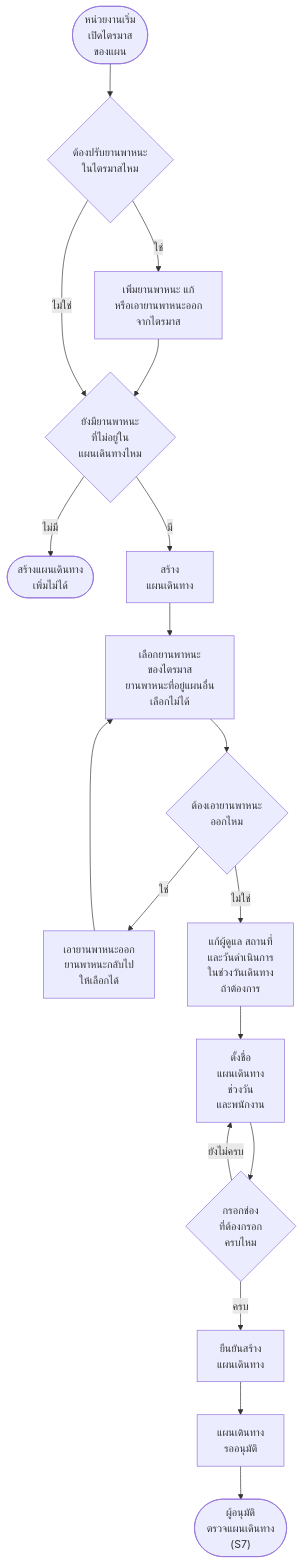
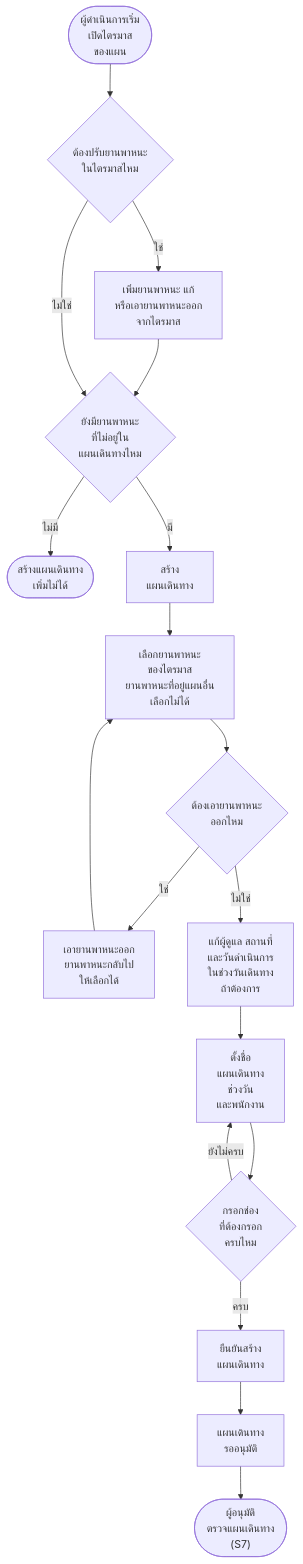
Before and after one commit to anugmail/Maintenance-Request-Form: the seventh of 19 diagrams in Diagram/01-บำรุงรักษาตามวาระ/27-บำรุงรักษา-flowchart-กิจกรรม.md, drawn with Mermaid. The commit also changed other lines of this file and 21 other files, not shown here.

````diff
--- a/Diagram/01-บำรุงรักษาตามวาระ/27-บำรุงรักษา-flowchart-กิจกรรม.md
+++ b/Diagram/01-บำรุงรักษาตามวาระ/27-บำรุงรักษา-flowchart-กิจกรรม.md
@@ -144,20 +146,20 @@
 ```mermaid
 flowchart TD
-    S(["หน่วยงานเริ่ม<br/>เปิดไตรมาส<br/>ของแผน"]) --> Q1{"ต้องปรับยานพาหนะ<br/>ในไตรมาสไหม"}
+    S(["ผู้ดำเนินการเริ่ม<br/>เปิดไตรมาส<br/>ของแผน"]) --> Q1{"ต้องปรับยานพาหนะ<br/>ในไตรมาสไหม"}
     Q1 -->|ใช่| A1["เพิ่มยานพาหนะ แก้<br/>หรือเอายานพาหนะออก<br/>จากไตรมาส"]
     A1 --> Q2
     Q1 -->|ไม่ใช่| Q2{"ยังมียานพาหนะ<br/>ที่ไม่อยู่ใน<br/>แผนเดินทางไหม"}
     Q2 -->|ไม่มี| E1(["สร้างแผนเดินทาง<br/>เพิ่มไม่ได้"])
     Q2 -->|มี| A2["สร้าง<br/>แผนเดินทาง"]
     A2 --> A3["เลือกยานพาหนะ<br/>ของไตรมาส<br/>ยานพาหนะที่อยู่แผนอื่น<br/>เลือกไม่ได้"]
     A3 --> Q3{"ต้องเอายานพาหนะ<br/>ออกไหม"}
     Q3 -->|ใช่| A4["เอายานพาหนะออก<br/>ยานพาหนะกลับไป<br/>ให้เลือกได้"]
     A4 --> A3
     Q3 -->|ไม่ใช่| A5["แก้ผู้ดูแล สถานที่<br/>และวันดำเนินการ<br/>ในช่วงวันเดินทาง<br/>ถ้าต้องการ"]
     A5 --> A6["ตั้งชื่อ<br/>แผนเดินทาง<br/>ช่วงวัน<br/>และพนักงาน"]
     A6 --> Q4{"กรอกช่อง<br/>ที่ต้องกรอก<br/>ครบไหม"}
     Q4 -->|ยังไม่ครบ| A6
     Q4 -->|ครบ| A7["ยืนยันสร้าง<br/>แผนเดินทาง"]
     A7 --> A8["แผนเดินทาง<br/>รออนุมัติ"]
     A8 --> E2(["ผู้อนุมัติ<br/>ตรวจแผนเดินทาง<br/>(S7)"])
 ```
````
